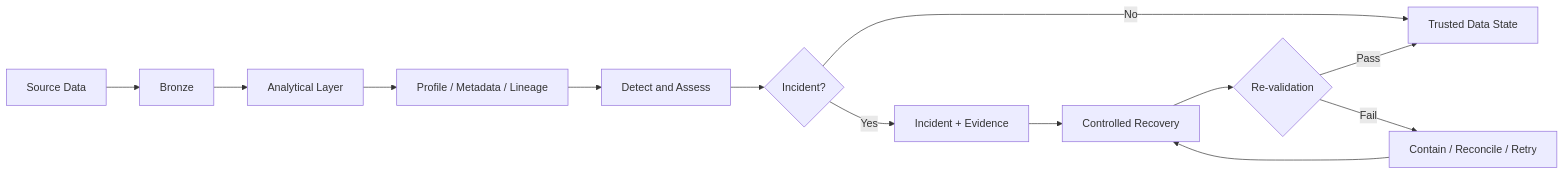
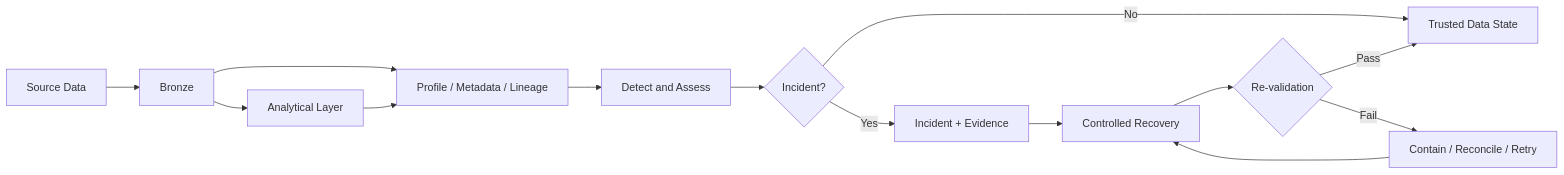
Before and after one commit to mols3131d/hmda-data-reliability: the first of 3 diagrams in docs/VISION.md, drawn with Mermaid.

Commit message:
docs: align reliability evidence flow

````diff
--- a/docs/VISION.md
+++ b/docs/VISION.md
@@ -54,16 +54,17 @@
 ```mermaid
 flowchart LR
     source["Source Data"] --> bronze["Bronze"]
     bronze --> analytical["Analytical Layer"]
-    analytical --> evidence["Profile / Metadata / Lineage"]
+    bronze --> evidence["Profile / Metadata / Lineage"]
+    analytical --> evidence
     evidence --> detect["Detect and Assess"]
     detect --> incident{"Incident?"}
 
     incident -->|No| trusted["Trusted Data State"]
     incident -->|Yes| incident_evidence["Incident + Evidence"]
     incident_evidence --> recovery["Controlled Recovery"]
     recovery --> verify{"Re-validation"}
     verify -->|Pass| trusted
     verify -->|Fail| reconcile["Contain / Reconcile / Retry"]
     reconcile --> recovery
 ```
````
